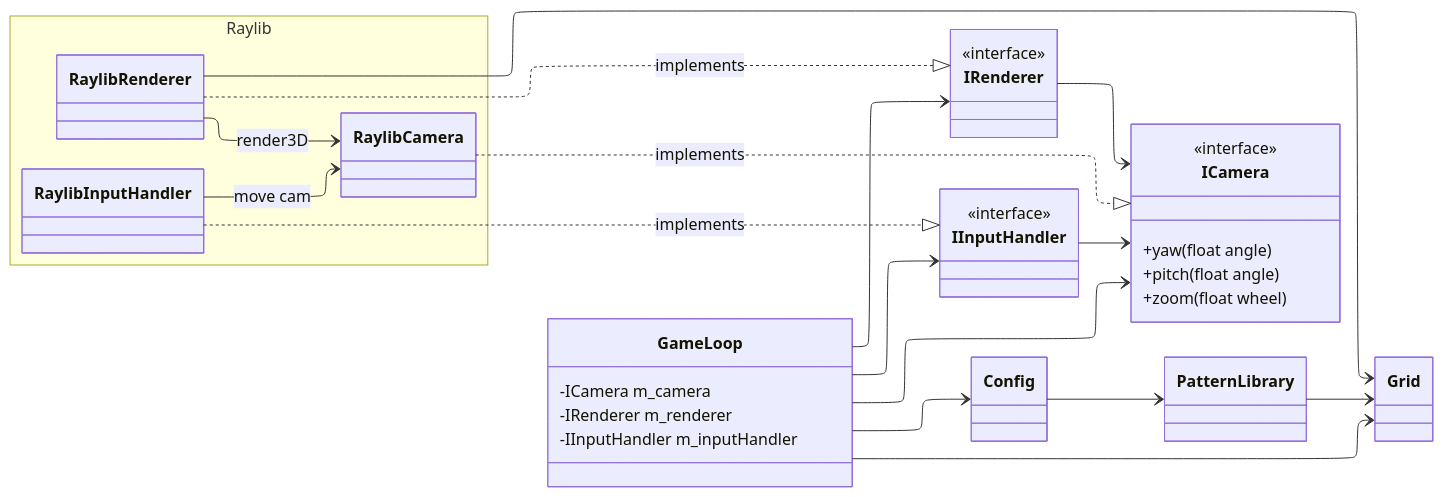
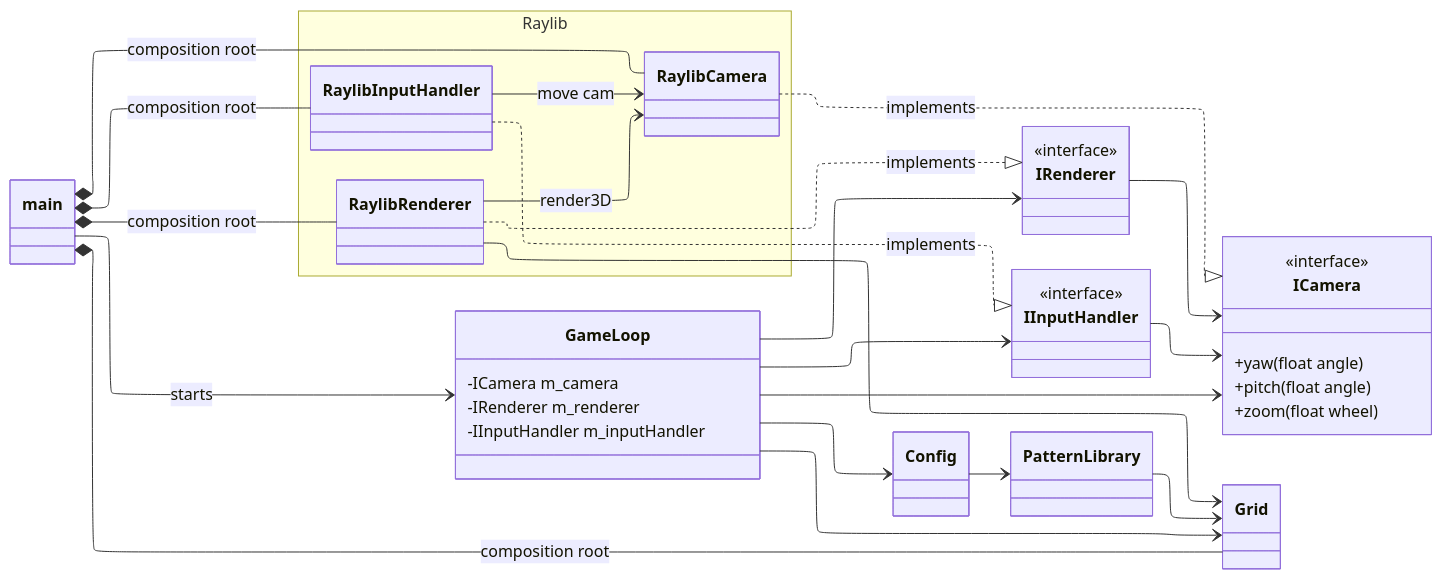
The diagram in classdiagram.md (dciuca/gameOfLife3D), drawn with Mermaid before and after one commit. The commit also changed other lines of this file and 24 other files, not shown here.

````diff
--- a/classdiagram.md
+++ b/classdiagram.md
@@ -24,59 +2,68 @@
 ```mermaid
 ---
 config:
   layout: elk
 ---
 classDiagram
     direction LR
+
+    class main
 
     class GameLoop {
         -ICamera m_camera
         -IRenderer m_renderer
         -IInputHandler m_inputHandler
     }
     class IRenderer {
         <<interface>>
     }
     class IInputHandler {
         <<interface>>
     }
     class ICamera {
         <<interface>>
         +yaw(float angle)
         +pitch(float angle)
         +zoom(float wheel)
     }
 
     class Grid
     class PatternLibrary
     class Config
 
+
     namespace Raylib {
         class RaylibRenderer
         class RaylibInputHandler
         class RaylibCamera
     }
+
+    main *-- RaylibRenderer : composition root
+    main *-- RaylibInputHandler : composition root
+    main *-- RaylibCamera : composition root
+    main *-- Grid : composition root
+    main --> GameLoop : starts
 
     GameLoop --> IRenderer
     GameLoop --> IInputHandler
     GameLoop --> ICamera
     GameLoop --> Config
     GameLoop --> Grid
 
     RaylibRenderer ..|> IRenderer : implements
     RaylibInputHandler ..|> IInputHandler : implements
     RaylibCamera ..|> ICamera : implements
 
     RaylibRenderer --> Grid
     RaylibRenderer --> RaylibCamera: render3D
     RaylibInputHandler --> RaylibCamera: move cam
 
     IRenderer --> ICamera
     IInputHandler --> ICamera
 
     Config --> PatternLibrary
     PatternLibrary --> Grid
 
     classDef interface fill:#eef2ff,stroke:#818cf8,stroke-width:2px,color:#1e1b4b
     cssClass "IRenderer,IInputHandler,ICamera" interface
 ```
````
